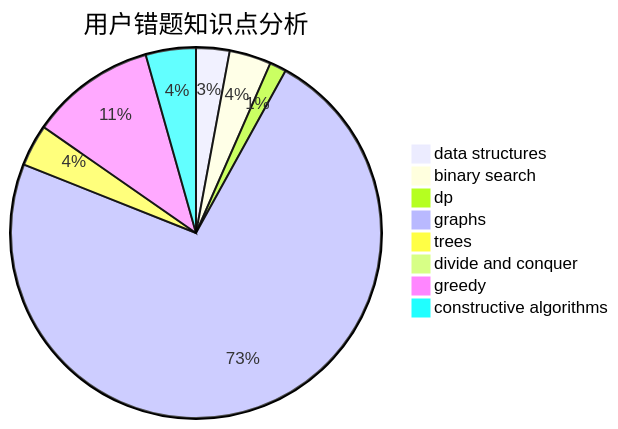
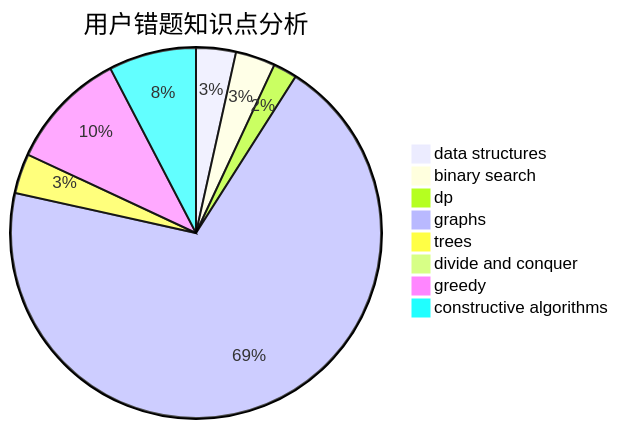
One commit to sherpahu/cfrs.github.io changed the third of 3 diagrams in docs/user/u1158.md. Above: the diagram before and after it, drawn with Mermaid. The commit also changed other lines of this file and 2770 other files, not shown here.

````diff
--- a/docs/user/u1158.md
+++ b/docs/user/u1158.md
@@ -36,11 +36,11 @@
 ```mermaid
 pie title 用户错题知识点分析
-    "data structures" :  4
+    "data structures" :  5
     "binary search" :  5
-    "dp" :  2
+    "dp" :  3
     "graphs" :  100
     "trees" :  5
     "divide and conquer" :  0
     "greedy" :  15
-    "constructive algorithms" :  6
+    "constructive algorithms" :  11
 ```
````
